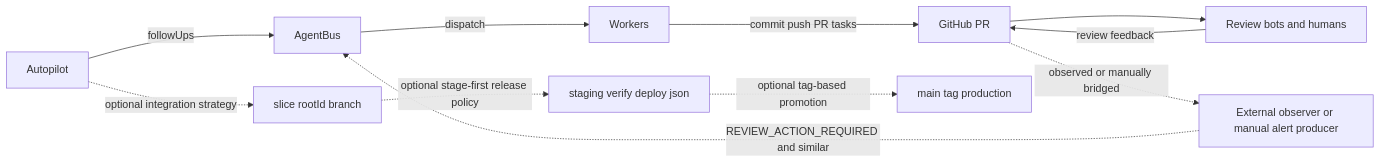
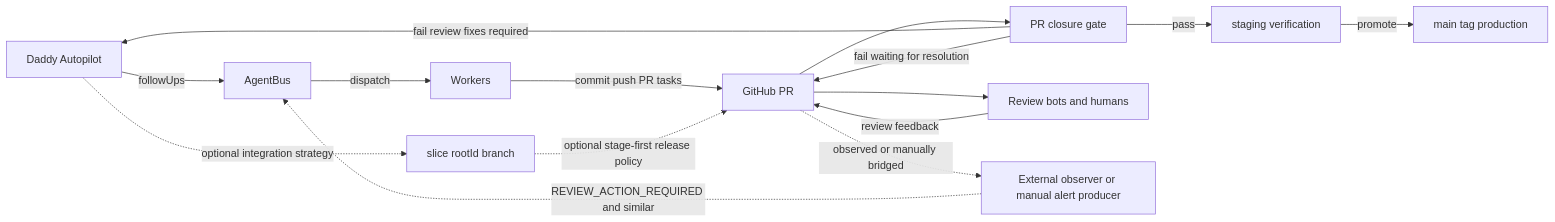
One commit to future3OOO/agentic-cockpit changed the third of 3 diagrams in docs/agentic/WORKFLOW_VISUALS.md. Above: the diagram before and after it, drawn with Mermaid. The commit also changed other lines of this file and 1 other file, not shown here.

Commit message:
docs: address PR feedback on workflow diagram accuracy

````diff
--- a/docs/agentic/WORKFLOW_VISUALS.md
+++ b/docs/agentic/WORKFLOW_VISUALS.md
@@ -57,15 +57,20 @@
 ```mermaid
 flowchart LR
-  AP["Autopilot"] -->|followUps| Bus["AgentBus"]
+  AP["Daddy Autopilot"] -->|followUps| Bus["AgentBus"]
   Bus -->|dispatch| W["Workers"]
   W -->|commit push PR tasks| GH["GitHub PR"]
+  GH --> Gate["PR closure gate"]
 
   GH --> RB["Review bots and humans"]
   RB -->|review feedback| GH
+  Gate -->|pass| Stage["staging verification"]
+  Stage -->|promote| Prod["main tag production"]
+  Gate -->|fail review fixes required| AP
+  Gate -->|fail waiting for resolution| GH
+
   GH -. observed or manually bridged .-> OBS["External observer or manual alert producer"]
   OBS -. REVIEW_ACTION_REQUIRED and similar .-> Bus
 
   AP -. optional integration strategy .-> Slice["slice rootId branch"]
-  Slice -. optional stage-first release policy .-> Stage["staging verify deploy json"]
-  Stage -. optional tag-based promotion .-> Prod["main tag production"]
+  Slice -. optional stage-first release policy .-> GH
 ```
````
